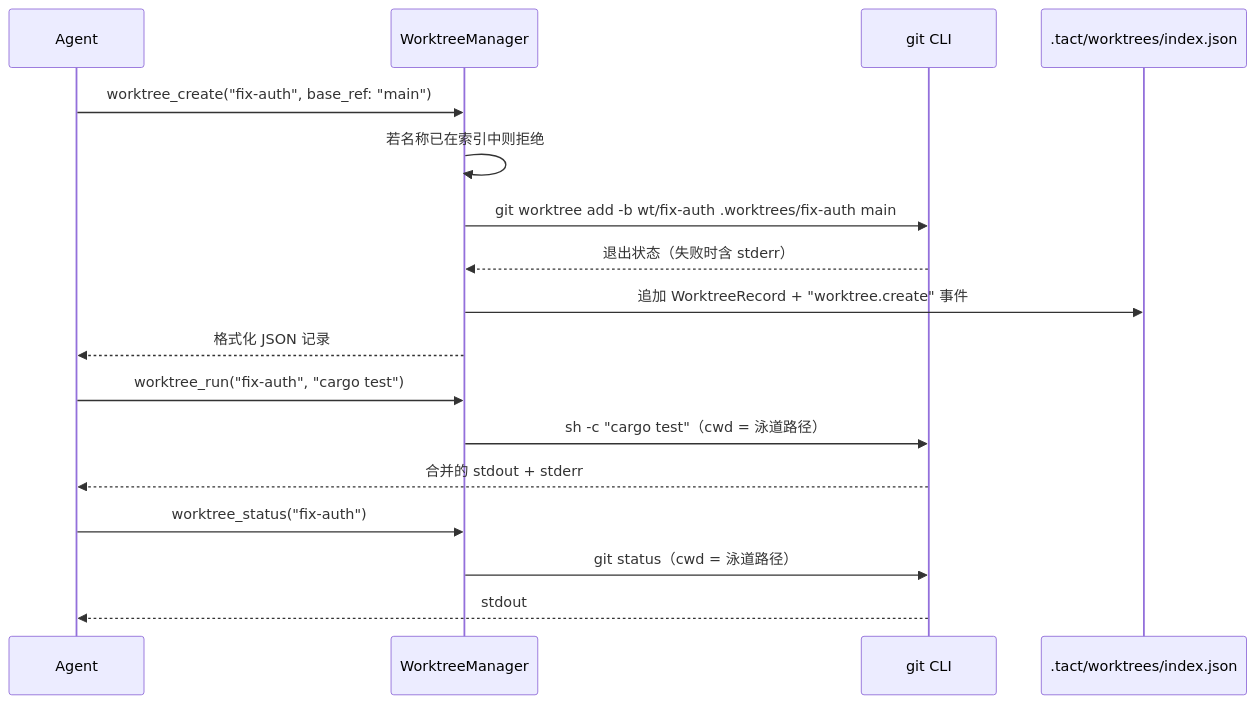
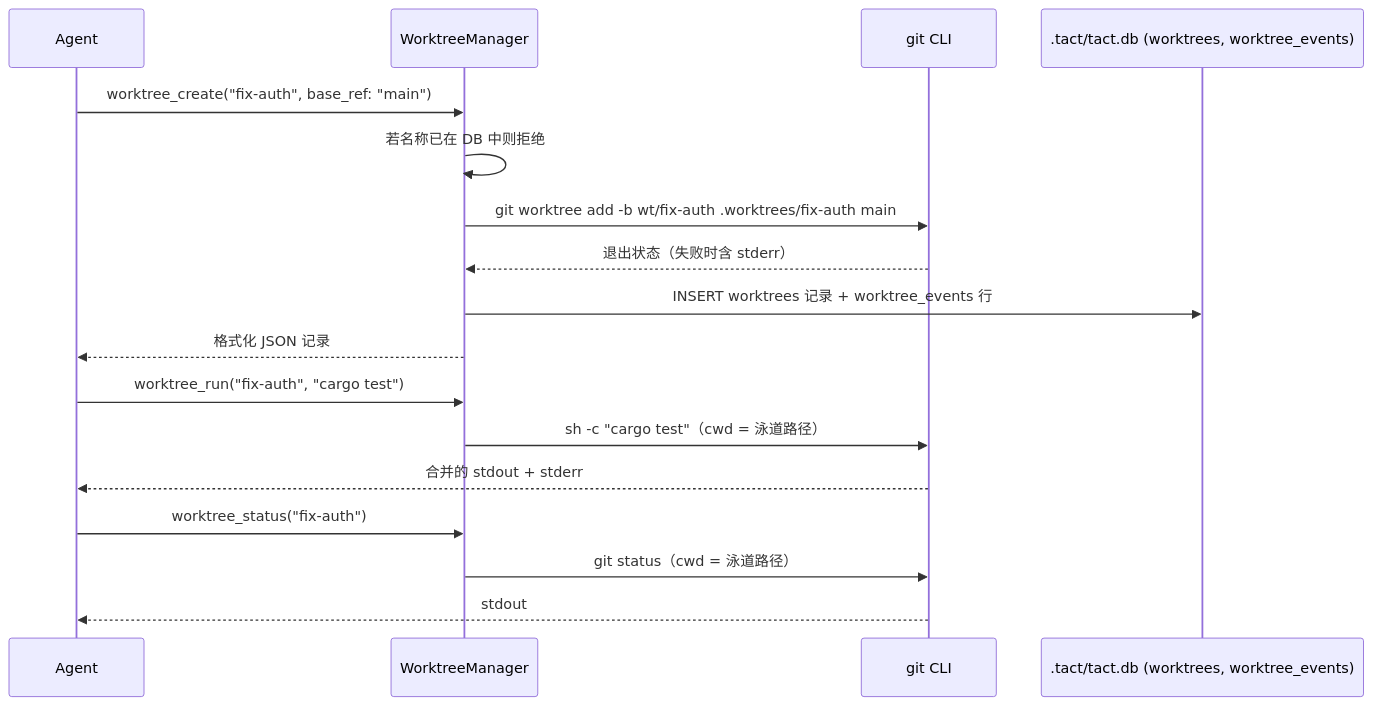
One commit to rust-infra/tact changed the diagram in book/15_chapter_worktree_zh.md. Above: the diagram before and after it, drawn with Mermaid. The commit also changed other lines of this file and 344 other files, not shown here.

````diff
--- a/book/15_chapter_worktree_zh.md
+++ b/book/15_chapter_worktree_zh.md
@@ -61,22 +68,22 @@
 ```mermaid
 sequenceDiagram
     participant Agent
     participant WM as WorktreeManager
     participant Git as git CLI
-    participant FS as .tact/worktrees/index.json
+    participant DB as .tact/tact.db (worktrees, worktree_events)
 
     Agent->>WM: worktree_create("fix-auth", base_ref: "main")
-    WM->>WM: 若名称已在索引中则拒绝
+    WM->>WM: 若名称已在 DB 中则拒绝
     WM->>Git: git worktree add -b wt/fix-auth .worktrees/fix-auth main
     Git-->>WM: 退出状态（失败时含 stderr）
-    WM->>FS: 追加 WorktreeRecord + "worktree.create" 事件
+    WM->>DB: INSERT worktrees 记录 + worktree_events 行
     WM-->>Agent: 格式化 JSON 记录
 
     Agent->>WM: worktree_run("fix-auth", "cargo test")
     WM->>Git: sh -c "cargo test"（cwd = 泳道路径）
     Git-->>Agent: 合并的 stdout + stderr
 
     Agent->>WM: worktree_status("fix-auth")
     WM->>Git: git status（cwd = 泳道路径）
     Git-->>Agent: stdout
 ```
````
